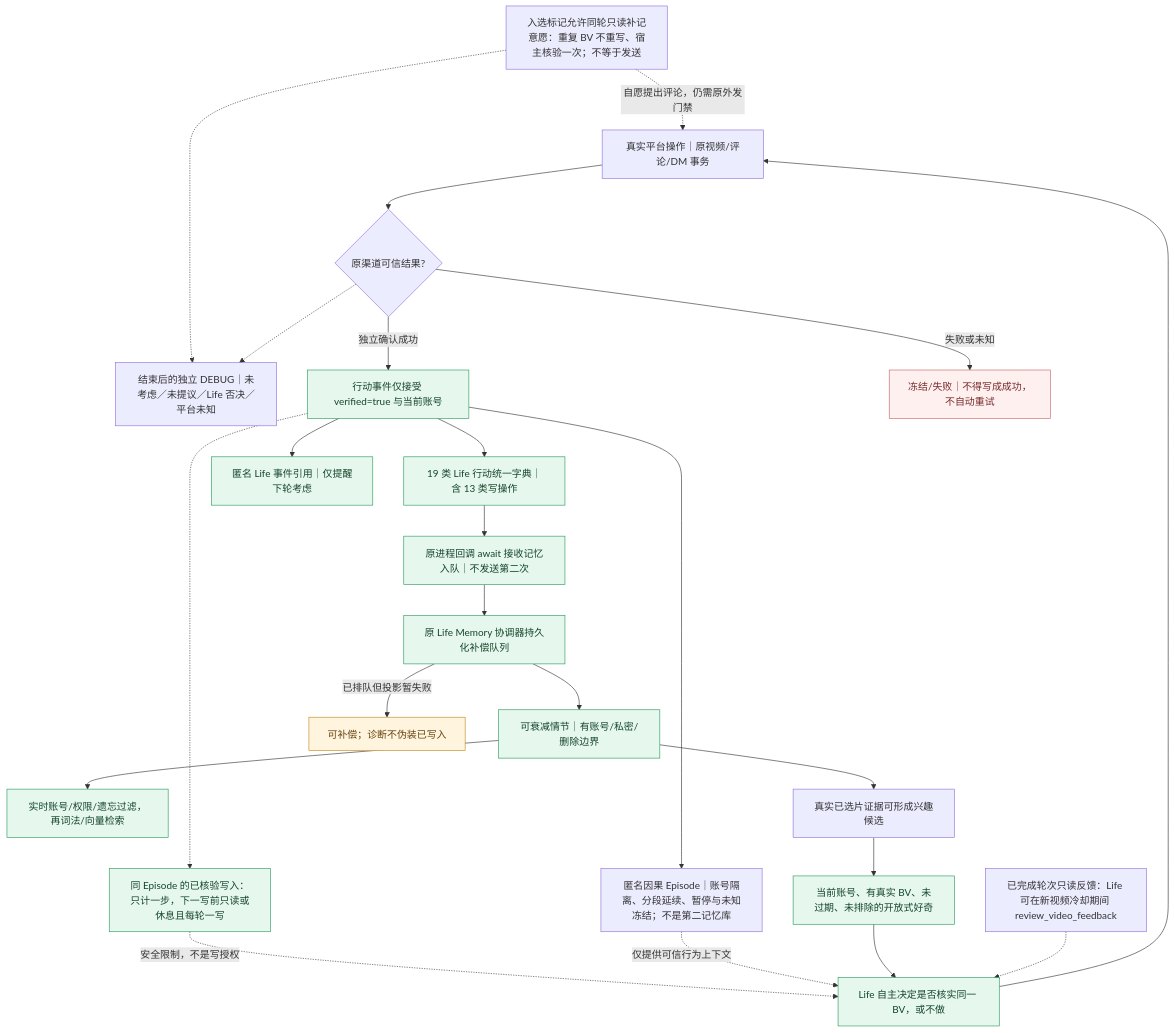
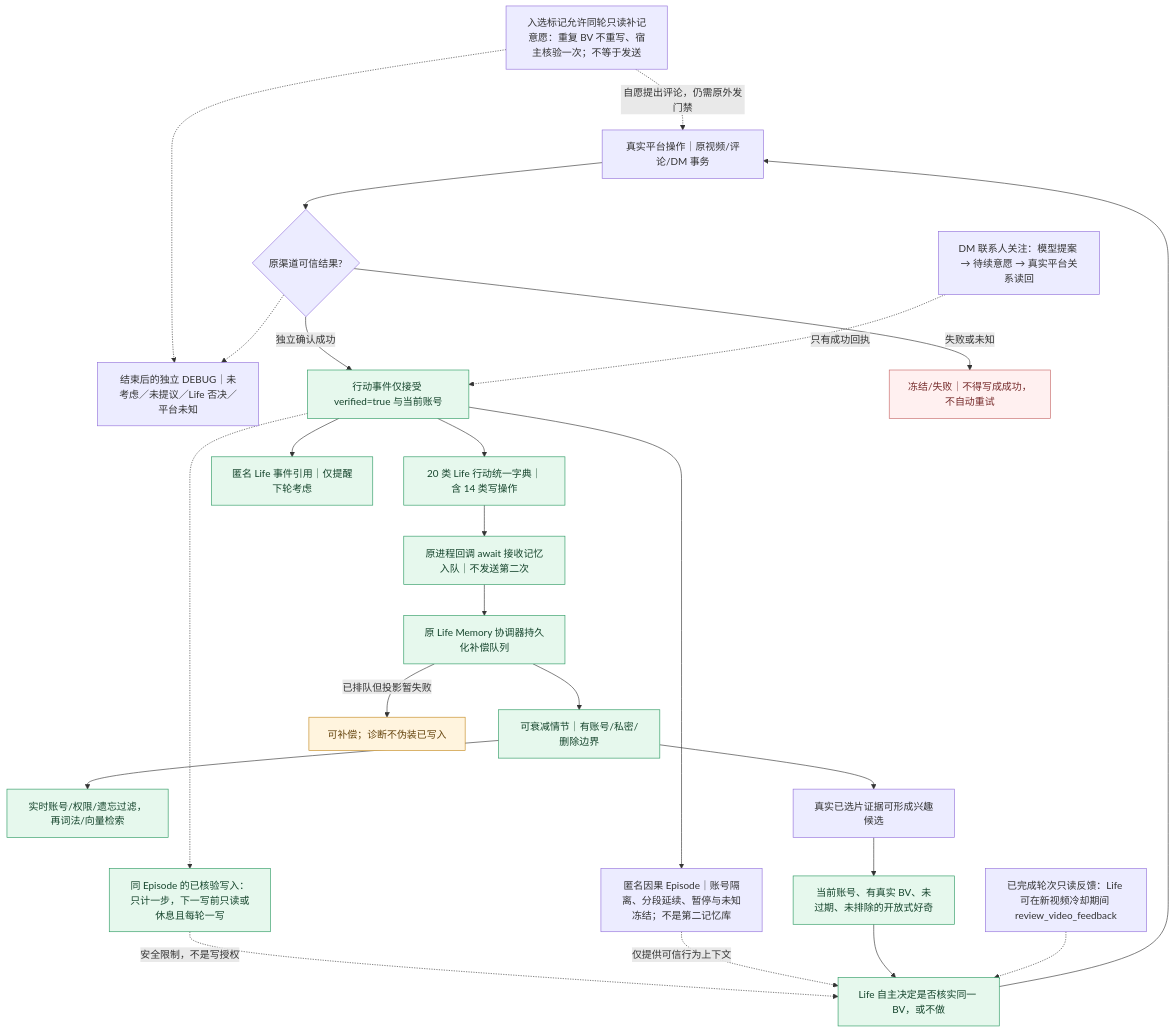
The diagram in docs/architecture/diagrams/life-receipt-memory-current.mmd (minedalang/dsh-dafeiyu-life), drawn with Mermaid before and after one commit. The commit also changed 25 other files, not shown here.

Commit message:
feat(life): dev38 life系统下子Agent可以在自己的决策过程中提出后续行为，而不是只能等待Life顶层替它选择。

```diff
--- a/docs/architecture/diagrams/life-receipt-memory-current.mmd
+++ b/docs/architecture/diagrams/life-receipt-memory-current.mmd
@@ -1,70 +1,75 @@
 %% 同版本 Life 补链维护：模型/菜单不是平台成功证据
 %% @code source | lib/life-video-action-bridge.mjs | createLifeVideoActionBridge
 %% @code commentReview | vendor/bilibili-mcp/mcp_server.py | async def bili_comment_consideration
 %% @code commentOutcome | lib/video-comment-readiness.mjs | classifyVideoCommentRound
 %% @code catalog | lib/life-action-memory.mjs | LIFE_ACTION_NAMES
 %% @code verified | lib/life-action-memory.mjs | export function verifiedLifeActionEvent
 %% @code wake | lib/life-agent-events.mjs | VERIFIED_COMPLETION_KINDS
 %% @code outbox | lib/life-memory-coordinator.mjs | createLifeMemoryCoordinator
 %% @code episode | lib/life-memory-gateway.mjs | function asEpisode
 %% @code recall | lib/life-memory-gateway.mjs | function recall
 %% @code growth | lib/life-interests.mjs | recordInterestEvents
 %% @code curiosity | lib/life-interests.mjs | scopedCuriosityOpportunityEvidence
 %% @code planner | lib/autonomous-planner.mjs | export function plannerActionMenu
 %% @code bridge | index.js | const rememberVerifiedLifeAction
 %% @code unknown | lib/life-continuation-write.mjs | status:'uncertain'
 flowchart TB
   source["真实平台操作｜原视频/评论/DM 事务"]
   universalCausal["匿名因果 Episode｜账号隔离、分段延续、暂停与未知冻结；不是第二记忆库"]
   postWrite["同 Episode 的已核验写入：只计一步，下一写前只读或休息且每轮一写"]
   commentReview["入选标记允许同轮只读补记意愿：重复 BV 不重写、宿主核验一次；不等于发送"]
   commentOutcome["结束后的独立 DEBUG｜未考虑／未提议／Life 否决／平台未知"]
   receipt{"原渠道可信结果?"}
   verified["行动事件仅接受 verified=true 与当前账号"]
   unknown["冻结/失败｜不得写成成功，不自动重试"]
-  catalog["19 类 Life 行动统一字典｜含 13 类写操作"]
+  catalog["20 类 Life 行动统一字典｜含 14 类写操作"]
   wake["匿名 Life 事件引用｜仅提醒下轮考虑"]
   bridge["原进程回调 await 接收记忆入队｜不发送第二次"]
   outbox["原 Life Memory 协调器持久化补偿队列"]
   episode["可衰减情节｜有账号/私密/删除边界"]
   pending["可补偿；诊断不伪装已写入"]
   recall["实时账号/权限/遗忘过滤，再词法/向量检索"]
   growth["真实已选片证据可形成兴趣候选"]
   curiosity["当前账号、有真实 BV、未过期、未排除的开放式好奇"]
   planner["Life 自主决定是否核实同一 BV，或不做"]
   videoFeedback["已完成轮次只读反馈：Life 可在新视频冷却期间 review_video_feedback"]
   commentReview -.->|自愿提出评论，仍需原外发门禁| source
   commentReview -.-> commentOutcome
   source --> receipt
   verified -.-> postWrite -.->|安全限制，不是写授权| planner
   receipt -.-> commentOutcome
   receipt -->|独立确认成功| verified
   receipt -->|失败或未知| unknown
   verified --> catalog
   verified --> universalCausal
   verified --> wake
   catalog --> bridge
   bridge --> outbox
   outbox --> episode
   outbox -->|已排队但投影暂失败| pending
   episode --> recall
   universalCausal -.->|仅提供可信行为上下文| planner
   episode --> growth
   growth --> curiosity
   curiosity --> planner
   videoFeedback -.-> planner
   planner --> source
   classDef green fill:#e6f8ed,stroke:#2a9961,color:#16452d
   classDef yellow fill:#fff4de,stroke:#c48a20,color:#65440d
   classDef red fill:#fff0f0,stroke:#c66565,color:#762b2b
   class verified,catalog,wake,bridge,outbox,episode,recall,curiosity,planner,postWrite green
   class pending yellow
   class unknown red
 
 %% @code postWrite | lib/life-opportunities.mjs | entry.writeAftercare='read-or-rest'
 
 %% @code universalCausal | lib/life-universal-episodes.mjs | export function createUniversalLifeEpisodes
 
 %% @code commentReview | vendor/bilibili-mcp/mcp_server.py | async def bili_ledger_mark
 
 %% @code videoFeedback | lib/autonomous-planner.mjs | action:'review_video_feedback'
+
+%% dev.38 真实平台关系读回后才入 Life Episode，原可衰减记忆可按动作类别描述。
+dmFollowReceipt["DM 联系人关注：模型提案 → 待续意愿 → 真实平台关系读回"]
+dmFollowReceipt -.->|只有成功回执| verified
+%% @code dmFollowReceipt | index.js | receiptId:'bili-relation-follow:'
```
